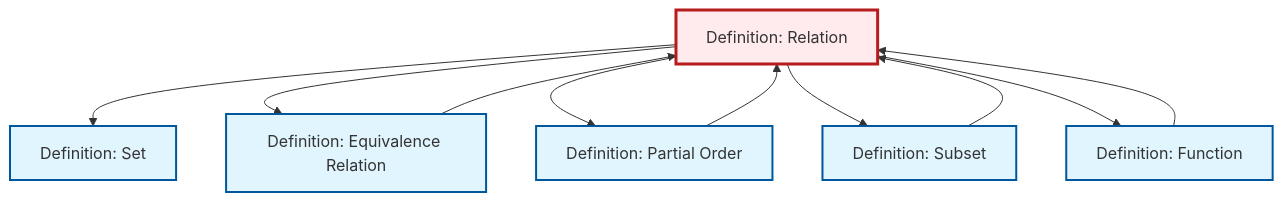
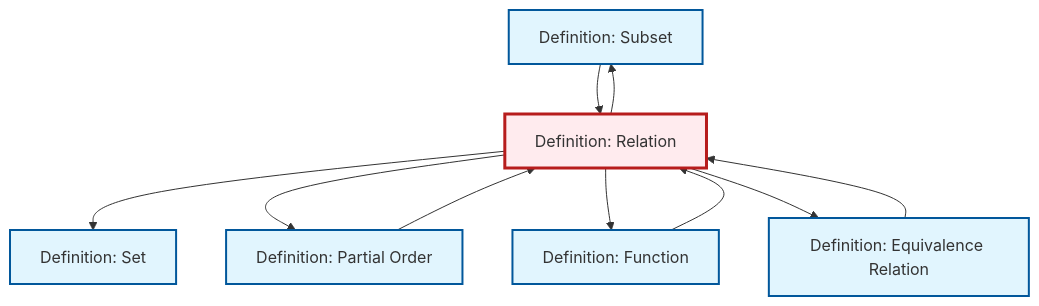
Before and after one commit to RK0429/ModernMath: the diagram in content/en/logic-set-theory/def-relation.qmd, drawn with Mermaid. The commit also changed other lines of this file and 1012 other files, not shown here.

````diff
--- a/content/en/logic-set-theory/def-relation.qmd
+++ b/content/en/logic-set-theory/def-relation.qmd
@@ -90,30 +90,30 @@
 ```{mermaid}
 %%| fig-cap: "Local dependency graph"
 graph TD
     classDef definition fill:#e1f5fe,stroke:#01579b,stroke-width:2px
     classDef theorem fill:#f3e5f5,stroke:#4a148c,stroke-width:2px
     classDef axiom fill:#fff3e0,stroke:#e65100,stroke-width:2px
     classDef example fill:#e8f5e9,stroke:#1b5e20,stroke-width:2px
     classDef current fill:#ffebee,stroke:#b71c1c,stroke-width:3px
+    def-subset["Definition: Subset"]:::definition
+    def-partial-order["Definition: Partial Order"]:::definition
     def-set["Definition: Set"]:::definition
+    def-equivalence-relation["Definition: Equivalence Relation"]:::definition
+    def-function["Definition: Function"]:::definition
     def-relation["Definition: Relation"]:::definition
-    def-function["Definition: Function"]:::definition
-    def-partial-order["Definition: Partial Order"]:::definition
-    def-subset["Definition: Subset"]:::definition
-    def-equivalence-relation["Definition: Equivalence Relation"]:::definition
+    def-function --> def-relation
+    def-relation --> def-set
     def-partial-order --> def-relation
+    def-equivalence-relation --> def-relation
+    def-relation --> def-partial-order
+    def-relation --> def-function
+    def-relation --> def-subset
     def-subset --> def-relation
-    def-relation --> def-set
-    def-function --> def-relation
     def-relation --> def-equivalence-relation
-    def-relation --> def-partial-order
-    def-relation --> def-subset
-    def-equivalence-relation --> def-relation
-    def-relation --> def-function
     class def-relation current
+    click def-subset "def-subset.html" "Go to Subset definition"
+    click def-partial-order "def-partial-order.html" "Go to Partial Order definition"
     click def-set "def-set.html" "Go to Set definition"
+    click def-equivalence-relation "def-equivalence-relation.html" "Go to Equivalence Relation definition"
     click def-function "def-function.html" "Go to Function definition"
-    click def-partial-order "def-partial-order.html" "Go to Partial Order definition"
-    click def-subset "def-subset.html" "Go to Subset definition"
-    click def-equivalence-relation "def-equivalence-relation.html" "Go to Equivalence Relation definition"
 ```
````
